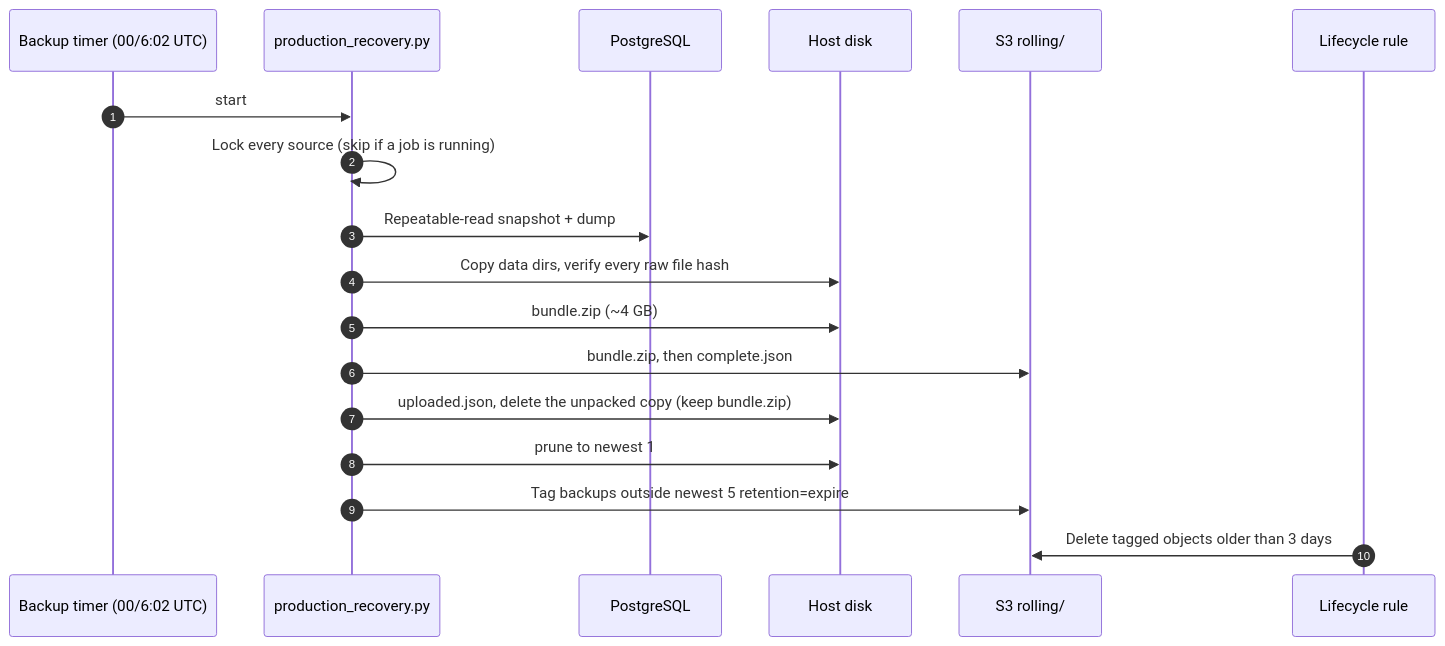
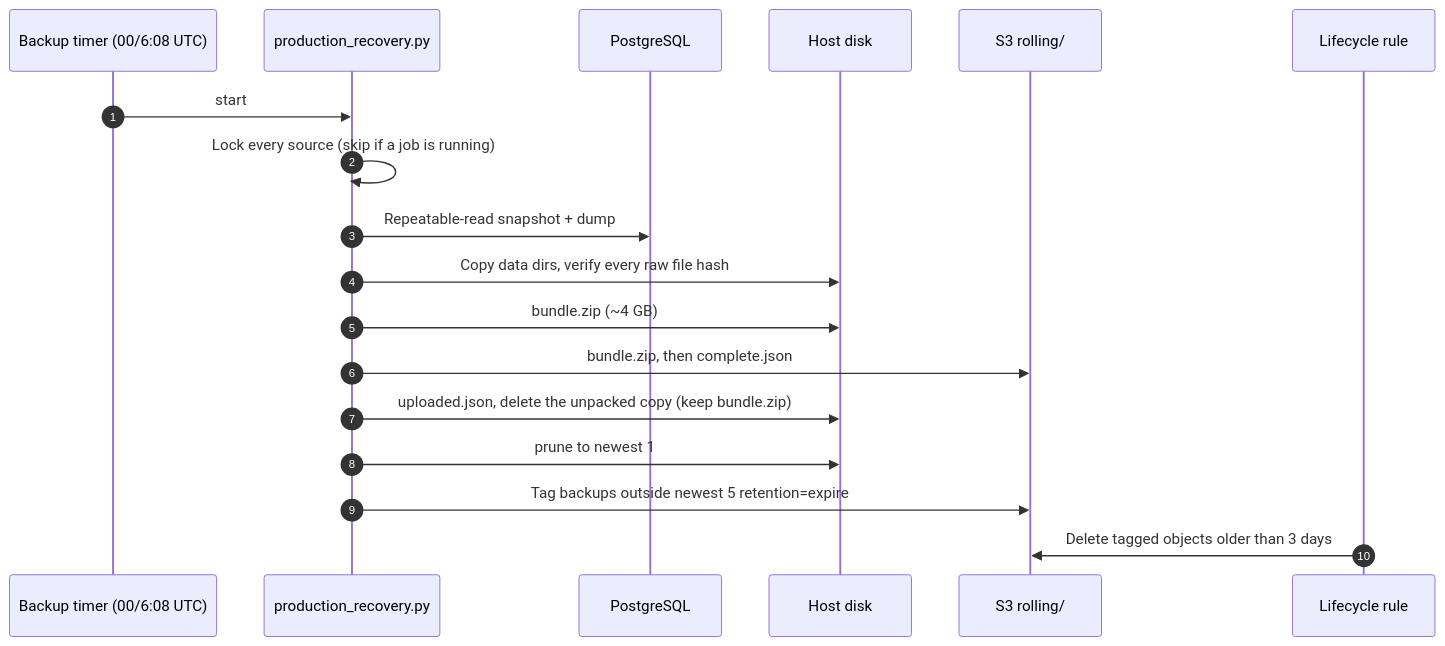
One commit to Naman4561/us-election-results-pipeline changed the third of 3 diagrams in docs/architecture/aws-infrastructure.md. Above: the diagram before and after it, drawn with Mermaid. The commit also changed 3 other files, not shown here.

````diff
--- a/docs/architecture/aws-infrastructure.md
+++ b/docs/architecture/aws-infrastructure.md
@@ -75,21 +75,21 @@
 ```mermaid
 sequenceDiagram
     autonumber
-    participant T as Backup timer (00/6:02 UTC)
+    participant T as Backup timer (00/6:08 UTC)
     participant B as production_recovery.py
     participant PG as PostgreSQL
     participant D as Host disk
     participant S3 as S3 rolling/
     participant LC as Lifecycle rule
 
     T->>B: start
     B->>B: Lock every source (skip if a job is running)
     B->>PG: Repeatable-read snapshot + dump
     B->>D: Copy data dirs, verify every raw file hash
     B->>D: bundle.zip (~4 GB)
     B->>S3: bundle.zip, then complete.json
     B->>D: uploaded.json, delete the unpacked copy (keep bundle.zip)
     B->>D: prune to newest 1
     B->>S3: Tag backups outside newest 5 retention=expire
     LC->>S3: Delete tagged objects older than 3 days
 ```
````
